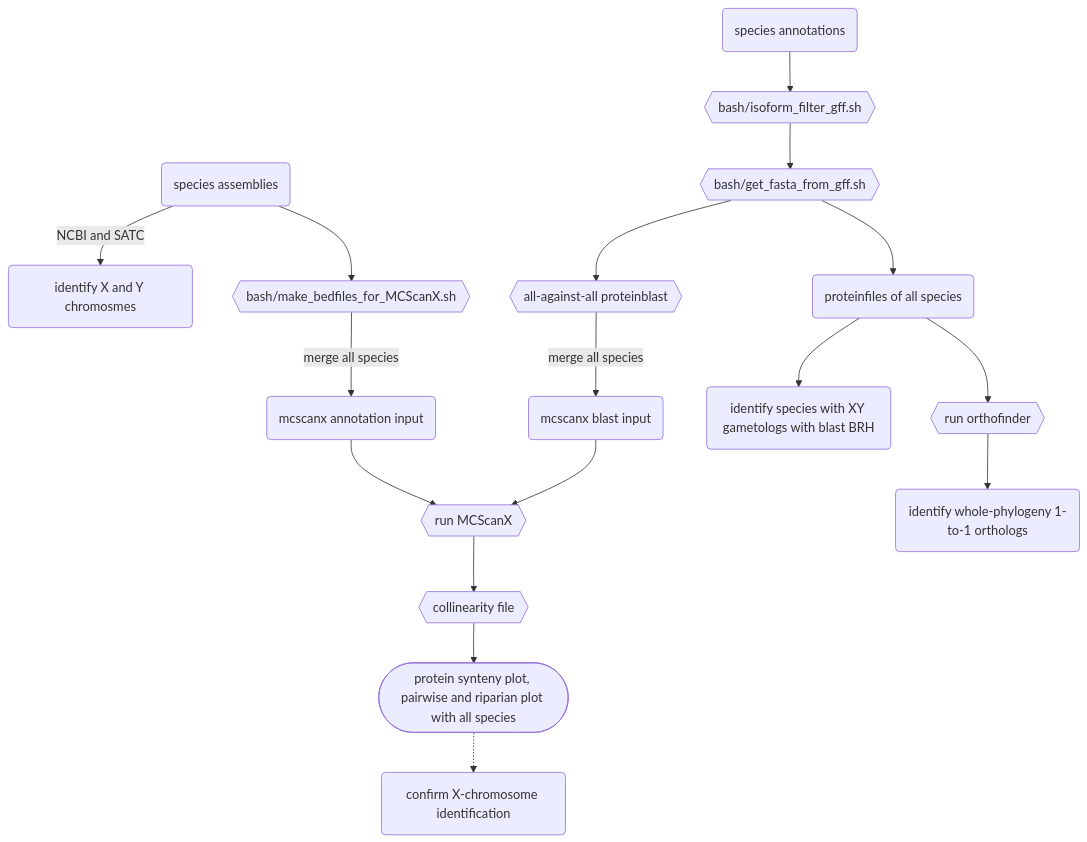
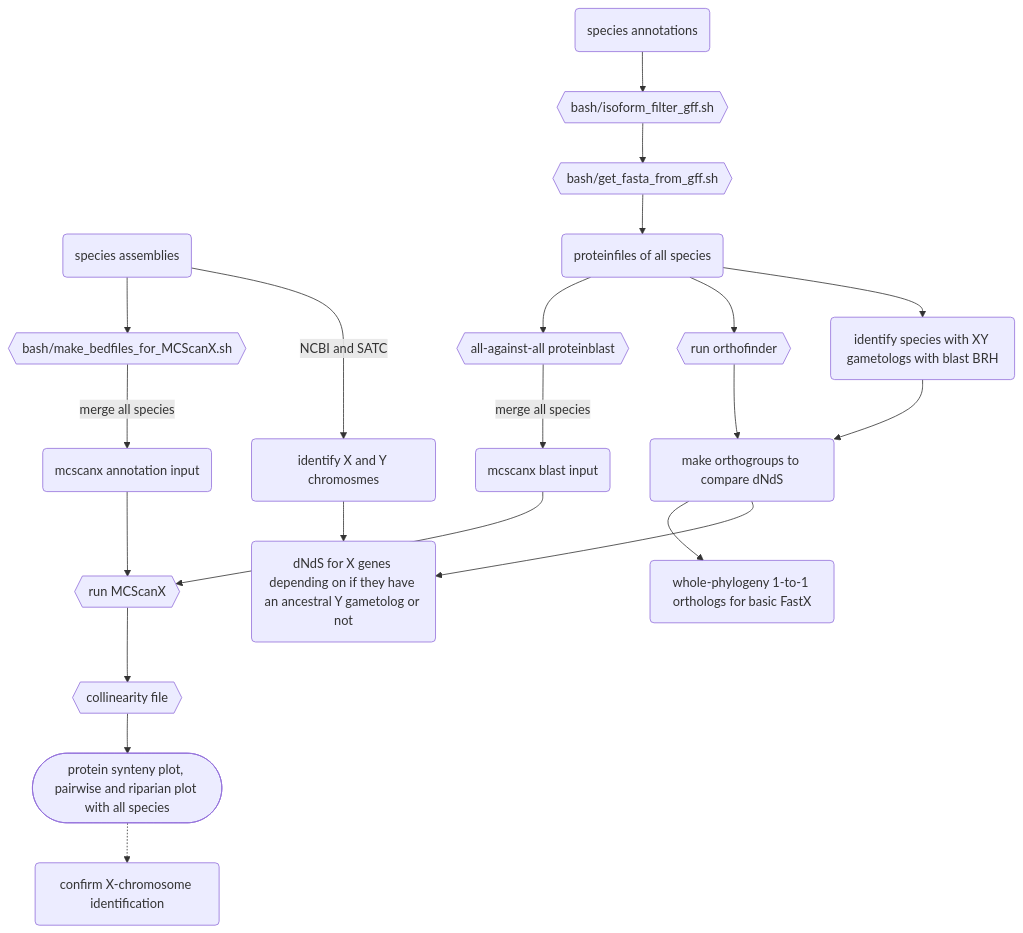
The diagram in README.md (milena-t/PhD_chapter3), drawn with Mermaid before and after one commit.

Commit message:
update mermaid

````diff
--- a/README.md
+++ b/README.md
@@ -55,25 +55,30 @@
 ```mermaid
 graph TD;
     species_Ass(species assemblies);
     species_Ass --> simplified_bed{{bash/make_bedfiles_for_MCScanX.sh}};
     simplified_bed -- merge all species --> mcscanx_bed(mcscanx annotation input);
     
     species_Ann(species annotations);
     species_Ann --> is_filter{{bash/isoform_filter_gff.sh}};
     is_filter --> get_prot{{bash/get_fasta_from_gff.sh}};
     get_prot --> protfiles(proteinfiles of all species);
-    get_prot --> blast{{all-against-all proteinblast}};
+    protfiles --> blast{{all-against-all proteinblast}};
     blast -- merge all species --> mcscanx_blast(mcscanx blast input);
 
     mcscanx_bed --> run_mcscanx{{run MCScanX}};
     mcscanx_blast --> run_mcscanx
     run_mcscanx --> mcscanx_out{{collinearity file}}
     mcscanx_out --> mcscanx_plot([protein synteny plot, pairwise and riparian plot with all species])
     mcscanx_plot .-> conf_X(confirm X-chromosome identification)
 
     species_Ass -- NCBI and SATC --> XY_chr(identify X and Y chromosmes);
     protfiles --> orthofinder{{run orthofinder}};
-    orthofinder --> between_species(identify whole-phylogeny 1-to-1 orthologs);
     
     protfiles --> XY_paralogs(identify species with XY gametologs with blast BRH);
+    XY_paralogs --> dNdS_groups(make orthogroups to compare dNdS);
+    orthofinder --> dNdS_groups
+
+    dNdS_groups --> basicFastX(whole-phylogeny 1-to-1 orthologs for basic FastX);
+    dNdS_groups --> gametologs(dNdS for X genes depending on if they have an ancestral Y gametolog or not);
+    XY_chr --> gametologs
 ```   
````
